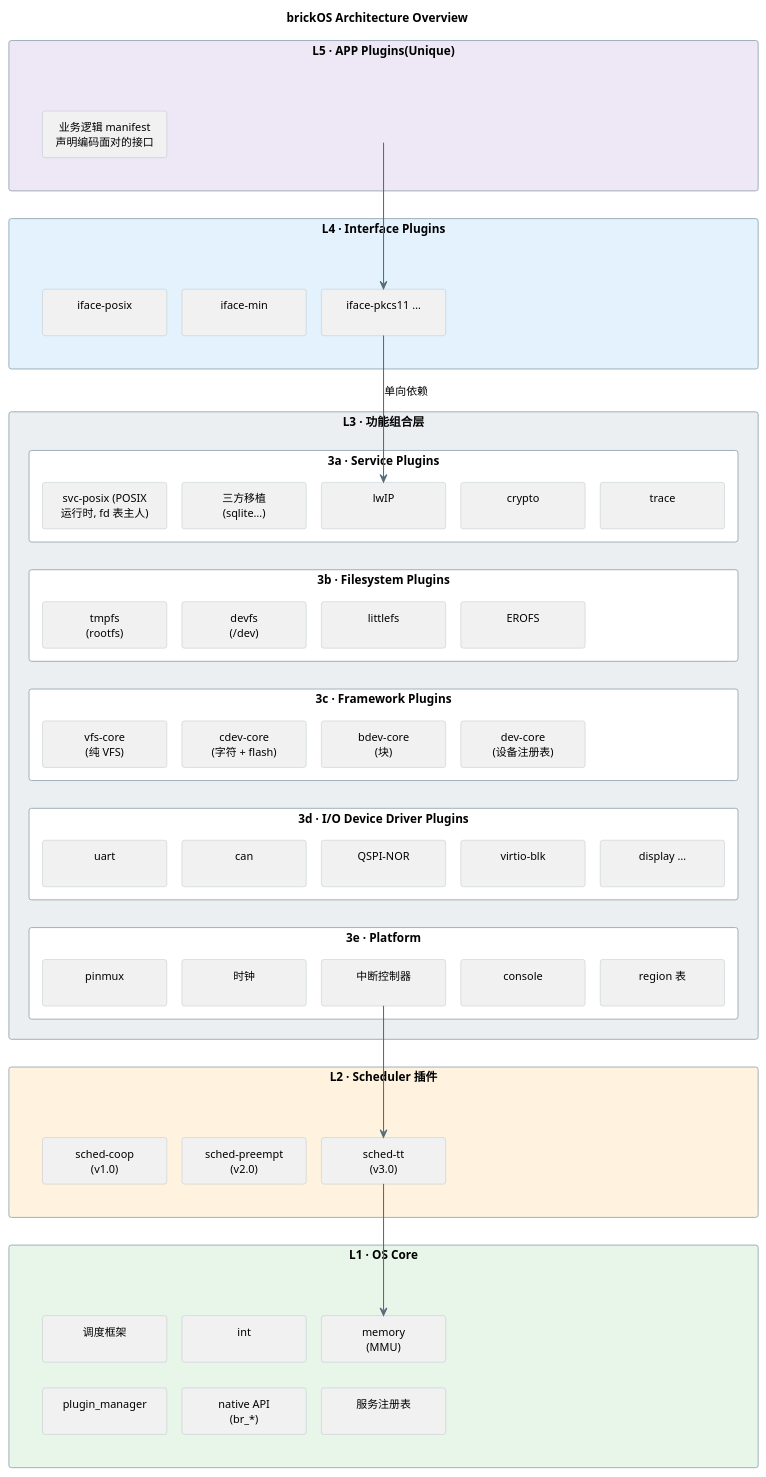
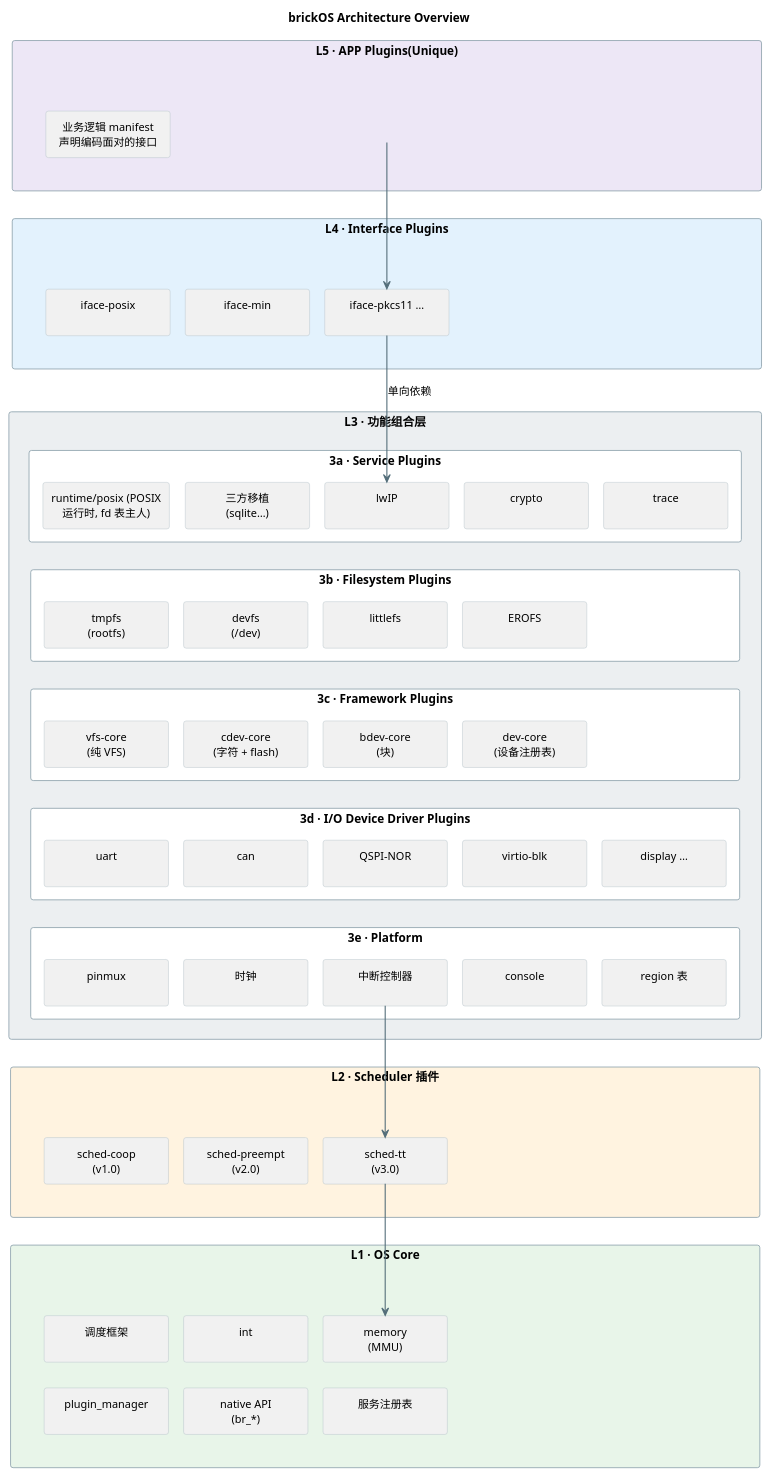
Before and after one commit to zhuyh4n9/brickOS: the diagram in docs/1-architecture/plantUML/1-01-architecture-01.puml, drawn with PlantUML. The commit also changed 28 other files, not shown here.

First line of the commit message:
设计侧跟改: POSIX 运行时改名 runtime/posix(+ runtime 命名空间)、链接契约回灌、fd 表归属收口

```diff
--- a/docs/1-architecture/plantUML/1-01-architecture-01.puml
+++ b/docs/1-architecture/plantUML/1-01-architecture-01.puml
@@ -1,188 +1,188 @@
 @startuml
 ' brickOS 总体分层图
 '
 ' ── 层级表达 ──────────────────────────────────────────────────────────────
 ' L3 是 package 容器, 3a–3e 是它的子 package(子层)。"同属 L3"靠嵌套表达, 不靠平铺。
 ' 内容原则: 只画层间单向流(§7.2); 层内依赖/注册拓扑不进本图(见 6-vfs-device/06-device.md §1)。
 '
 ' ── 等长 / 对齐 / 箭头居中机制(改图前必读, 破哪条都会退化成参差不齐) ────────
 ' 1) skinparam minClassWidth 128 —— 所有模块盒子强制等宽(128+20=148px)。
 '    任何标签的单行文字都不能超过 128px, 否则该模块被撑宽、破坏等长; 超长文案请手动折行
 '    (见 L5T 和 L3A1 的写法)。
 ' 2) 每行固定 5 格 —— 奇数格是关键: 5 格的正中恰好是第 3 格, 层间箭头才能落在水平中线上。
 '    真实模块不足 5 个的行, 用透明的 rectangle<<pad>> 占位补齐, 并用 -[hidden]right-> 串成一行。
 ' 3) 4 个顶层带子(L5/L4/L2/L1)内各套一层隐形的 package<<inner>>, 让嵌套深度与 L3 一致,
 '    否则 L3 会比其它带子宽 48px。(<<inner>> 用 skinparam 设成透明背景+透明边框,
 '    再用 hide stereotype 藏掉 «inner» 字样)
 ' 4) 层间箭头一律走【第 3 格】的 node→node 边: L5P2→L4C→L3A3, L3E3→L2C→L1C。
 '    - node→node 的箭头落在节点中心, 所以四条箭头 x 完全相同(实测 453) → 形成一条居中竖线;
 '    - 实测 package→package 的箭头一律落在盒子右边缘, 达不到居中, 所以这里不用;
 '    - 代价: 竖线会贴着 L4 的 iface-pkcs11、L2 的 sched-tt 上下边框穿过去 ——
 '      它只是"层间流向"的指示线, 不代表这两个模块在依赖链上, 改图时别误读。
 ' 5) L1 的 6 个模块拆成两行(3+3): 5 格放不下 6 个, 拆两行既保持等长, 也让 L1 更整齐。
 ' 6) 标签统一两行(不足两行补一个空行), 保证各行等高。
 ' 7) 每行"首个模块"用 -[hidden]down-> 串起, 钉死 3a→3e 的纵向阅读序; L1 的两行之间也串一条。
 '
 ' 自检: 渲染后 5 个层框应全部 x=7 / 宽=892, 5 个子层框宽=844, 全部模块 148×50.3,
 '       4 个箭头头部 x≈453。
 skinparam shadowing false
 skinparam componentStyle rectangle
 skinparam packageStyle rectangle
 skinparam roundCorner 6
 skinparam nodesep 18
 skinparam ranksep 30
 skinparam defaultTextAlignment center
 skinparam ArrowColor #546E7A
 skinparam ArrowThickness 1.3
 skinparam packageBorderColor #90A4AE
 skinparam componentBorderColor #B0BEC5
 skinparam componentFontSize 13
 skinparam minClassWidth 128
 skinparam rectangle<<pad>> {
   BackgroundColor transparent
   BorderColor transparent
   FontColor transparent
 }
 skinparam package<<inner>> {
   BackgroundColor transparent
   BorderColor transparent
   FontColor transparent
 }
 top to bottom direction
 hide stereotype
 
 title brickOS Architecture Overview
 
   package "L5 · APP Plugins(Unique)" as L5 #EDE7F6 {
     package " " as L5IN <<inner>> {
       [业务逻辑 manifest\n声明编码面对的接口] as L5T
       rectangle "  " as L5P1 <<pad>>
       rectangle "  " as L5P2 <<pad>>
       rectangle "  " as L5P3 <<pad>>
       rectangle "  " as L5P4 <<pad>>
       L5T -[hidden]right-> L5P1
       L5P1 -[hidden]right-> L5P2
       L5P2 -[hidden]right-> L5P3
       L5P3 -[hidden]right-> L5P4
     }
   }
 
   package "L4 · Interface Plugins" as L4 #E3F2FD {
     package " " as L4IN <<inner>> {
       [iface-posix\n] as L4A
       [iface-min\n] as L4B
       [iface-pkcs11 …\n] as L4C
       rectangle "  " as L4P1 <<pad>>
       rectangle "  " as L4P2 <<pad>>
       L4A -[hidden]right-> L4B
       L4B -[hidden]right-> L4C
       L4C -[hidden]right-> L4P1
       L4P1 -[hidden]right-> L4P2
     }
   }
 
 package "L3 · 功能组合层" as L3 #ECEFF1 {
   package "3a · Service Plugins" as L3A #FFFFFF {
-    [svc-posix (POSIX\n运行时, fd 表主人)] as L3A1
+    [runtime/posix (POSIX\n运行时, fd 表主人)] as L3A1
     [三方移植\n(sqlite…)] as L3A2
     [lwIP\n] as L3A3
     [crypto\n] as L3A4
     [trace\n] as L3A5
     L3A1 -[hidden]right-> L3A2
     L3A2 -[hidden]right-> L3A3
     L3A3 -[hidden]right-> L3A4
     L3A4 -[hidden]right-> L3A5
   }
   package "3b · Filesystem Plugins" as L3B #FFFFFF {
     [tmpfs\n(rootfs)] as L3B1
     [devfs\n(/dev)] as L3B2
     [littlefs\n] as L3B3
     [EROFS\n] as L3B4
     rectangle "  " as L3BP1 <<pad>>
     L3B1 -[hidden]right-> L3B2
     L3B2 -[hidden]right-> L3B3
     L3B3 -[hidden]right-> L3B4
     L3B4 -[hidden]right-> L3BP1
   }
   package "3c · Framework Plugins" as L3C #FFFFFF {
     [vfs-core\n(纯 VFS)] as L3C1
     [cdev-core\n(字符 + flash)] as L3C2
     [bdev-core\n(块)] as L3C3
     [dev-core\n(设备注册表)] as L3C4
     rectangle "  " as L3CP1 <<pad>>
     L3C1 -[hidden]right-> L3C2
     L3C2 -[hidden]right-> L3C3
     L3C3 -[hidden]right-> L3C4
     L3C4 -[hidden]right-> L3CP1
   }
   package "3d · I/O Device Driver Plugins" as L3D #FFFFFF {
     [uart\n] as L3D1
     [can\n] as L3D2
     [QSPI-NOR\n] as L3D3
     [virtio-blk\n] as L3D4
     [display …\n] as L3D5
     L3D1 -[hidden]right-> L3D2
     L3D2 -[hidden]right-> L3D3
     L3D3 -[hidden]right-> L3D4
     L3D4 -[hidden]right-> L3D5
   }
   package "3e · Platform" as L3E #FFFFFF {
     [pinmux\n] as L3E1
     [时钟\n] as L3E2
     [中断控制器\n] as L3E3
     [console\n] as L3E4
     [region 表\n] as L3E5
     L3E1 -[hidden]right-> L3E2
     L3E2 -[hidden]right-> L3E3
     L3E3 -[hidden]right-> L3E4
     L3E4 -[hidden]right-> L3E5
   }
   L3A1 -[hidden]down-> L3B1
   L3B1 -[hidden]down-> L3C1
   L3C1 -[hidden]down-> L3D1
   L3D1 -[hidden]down-> L3E1
 }
 
   package "L2 · Scheduler 插件" as L2 #FFF3E0 {
     package " " as L2IN <<inner>> {
       [sched-coop\n(v1.0)] as L2A
       [sched-preempt\n(v2.0)] as L2B
       [sched-tt\n(v3.0)] as L2C
       rectangle "  " as L2P1 <<pad>>
       rectangle "  " as L2P2 <<pad>>
       L2A -[hidden]right-> L2B
       L2B -[hidden]right-> L2C
       L2C -[hidden]right-> L2P1
       L2P1 -[hidden]right-> L2P2
     }
   }
 
 package "L1 · OS Core" as L1 #E8F5E9 {
   package " " as L1IN <<inner>> {
     [调度框架\n] as L1A
     [int\n] as L1B
     [memory\n(MMU)] as L1C
     rectangle "  " as L1P1 <<pad>>
     rectangle "  " as L1P2 <<pad>>
     L1A -[hidden]right-> L1B
     L1B -[hidden]right-> L1C
     L1C -[hidden]right-> L1P1
     L1P1 -[hidden]right-> L1P2
     [plugin_manager\n] as L1D
     [native API\n(br_*)] as L1E
     [服务注册表\n] as L1F
     rectangle "  " as L1Q1 <<pad>>
     rectangle "  " as L1Q2 <<pad>>
     L1D -[hidden]right-> L1E
     L1E -[hidden]right-> L1F
     L1F -[hidden]right-> L1Q1
     L1Q1 -[hidden]right-> L1Q2
     L1A -[hidden]down-> L1D
   }
 }
 
 L5P2 -down-> L4C
 L4C -down-> L3A3 : 单向依赖
 L3E3 -down-> L2C
 L2C -down-> L1C
 @enduml
```
